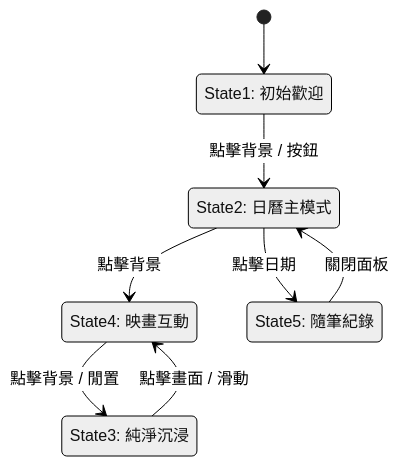
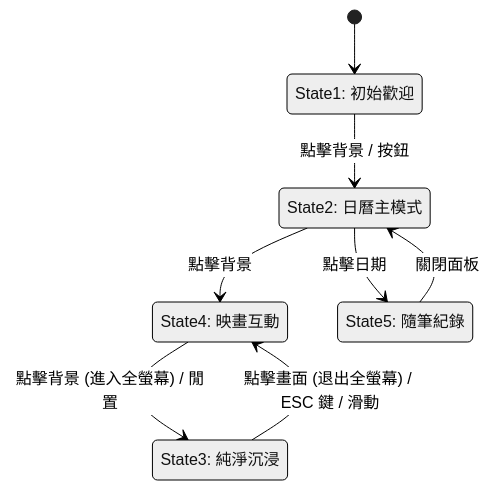
One commit to benitorhuang-svg/pwa_lunar-calendar changed the diagram in SDD/UI_FLOW_LOGIC.md. Above: the diagram before and after it, drawn with Mermaid (neutral theme). The commit also changed other lines of this file and 5 other files, not shown here.

Commit message:
docs: update UI flow logic and add project documentation in SDD_v1

````diff
--- a/SDD/UI_FLOW_LOGIC.md
+++ b/SDD/UI_FLOW_LOGIC.md
@@ -62,16 +64,16 @@
 ```mermaid
 stateDiagram
     state "State1: 初始歡迎" as S1
     state "State2: 日曆主模式" as S2
     state "State3: 純淨沉浸" as S3
     state "State4: 映畫互動" as S4
     state "State5: 隨筆紀錄" as S5
 
     [*] --> S1
     S1 --> S2: 點擊背景 / 按鈕
     S2 --> S5: 點擊日期
     S2 --> S4: 點擊背景
-    S4 --> S3: 點擊背景 / 閒置
-    S3 --> S4: 點擊畫面 / 滑動
+    S4 --> S3: 點擊背景 (進入全螢幕) / 閒置
+    S3 --> S4: 點擊畫面 (退出全螢幕) / ESC 鍵 / 滑動
     S5 --> S2: 關閉面板
 ```
````
